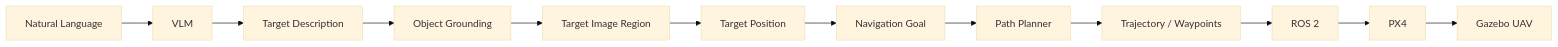
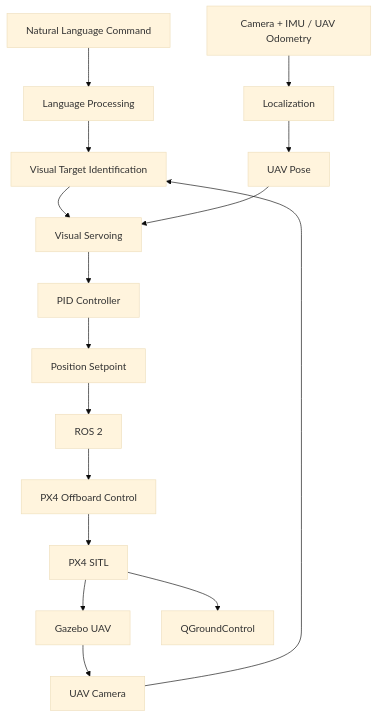
One commit to sandhiyaa031/Drones_S5_CD9_Vision_Language_UAV_Navigation changed the diagram in README.md. Above: the diagram before and after it, drawn with Mermaid (base theme). The commit also changed other lines of this file, not shown here.

````diff
--- a/README.md
+++ b/README.md
@@ -491,36 +90,22 @@
 ```mermaid
-flowchart LR
+flowchart TD
+    A["Natural Language Command"] --> B["Language Processing"]
+    B --> C["Visual Target Identification"]
 
-    A["Natural Language"] -->
-    B["VLM"]
+    D["UAV Camera"] --> C
+    C --> E["Visual Servoing"]
+    E --> F["PID Controller"]
+    F --> G["Position Setpoint"]
 
-    B -->
-    C["Target Description"]
+    H["Camera + IMU / UAV Odometry"] --> I["Localization"]
+    I --> J["UAV Pose"]
+    J --> E
 
-    C -->
-    D["Object Grounding"]
+    G --> K["ROS 2"]
+    K --> L["PX4 Offboard Control"]
+    L --> M["PX4 SITL"]
+    M --> N["Gazebo UAV"]
 
-    D -->
-    E["Target Image Region"]
-
-    E -->
-    F["Target Position"]
-
-    F -->
-    G["Navigation Goal"]
-
-    G -->
-    H["Path Planner"]
-
-    H -->
-    I["Trajectory / Waypoints"]
-
-    I -->
-    J["ROS 2"]
-
-    J -->
-    K["PX4"]
-
-    K -->
-    L["Gazebo UAV"]
+    N --> D
+    M --> O["QGroundControl"]
 ```
````
